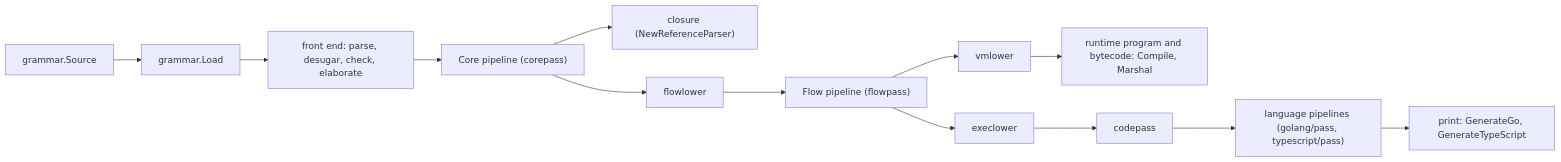
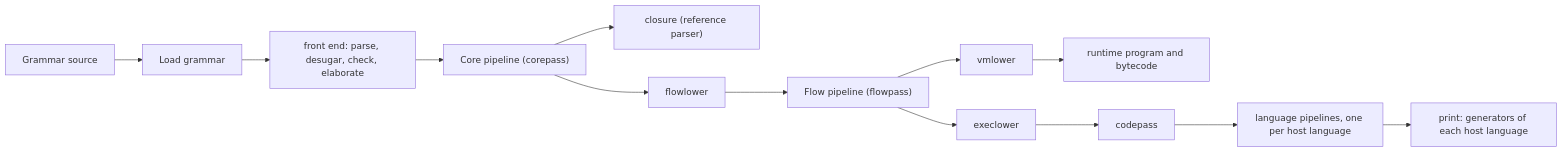
The third of 3 diagrams in docs/design/architecture.md (syntaxir/syntaxir), drawn with Mermaid before and after one commit. The commit also changed other lines of this file and 10 other files, not shown here.

````diff
--- a/docs/design/architecture.md
+++ b/docs/design/architecture.md
@@ -722,9 +486,9 @@
 ```mermaid
 flowchart LR
-  S["grammar.Source"] --> L["grammar.Load"] --> F["front end: parse, desugar, check, elaborate"]
+  S["Grammar source"] --> L["Load grammar"] --> F["front end: parse, desugar, check, elaborate"]
   F --> CP["Core pipeline (corepass)"]
-  CP --> CL["closure (NewReferenceParser)"]
+  CP --> CL["closure (reference parser)"]
   CP --> FL["flowlower"] --> FP["Flow pipeline (flowpass)"]
-  FP --> VL["vmlower"] --> P["runtime program and bytecode: Compile, Marshal"]
-  FP --> EL["execlower"] --> XP["codepass"] --> LP["language pipelines (golang/pass, typescript/pass)"] --> PR["print: GenerateGo, GenerateTypeScript"]
+  FP --> VL["vmlower"] --> P["runtime program and bytecode"]
+  FP --> EL["execlower"] --> XP["codepass"] --> LP["language pipelines, one per host language"] --> PR["print: generators of each host language"]
 ```
````
